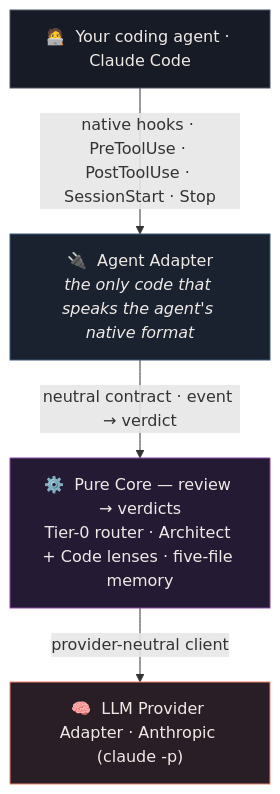
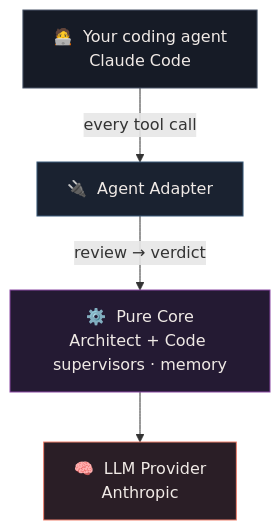
One commit to Touchpoint-Labs/Gadfly changed the diagram in README.md. Above: the diagram before and after it, drawn with Mermaid. The commit also changed other lines of this file, not shown here.

Commit message:
Simplify README verdict table and architecture diagram

````diff
--- a/README.md
+++ b/README.md
@@ -158,14 +157,14 @@
 ```mermaid
 flowchart TB
-    agent["🧑‍💻 &nbsp;Your coding agent · Claude Code"]
-    adapter["🔌 &nbsp;Agent Adapter<br/><i>the only code that speaks the agent's native format</i>"]
-    core["⚙️ &nbsp;Pure Core — review → verdicts<br/>Tier-0 router · Architect + Code lenses · five-file memory"]
-    llm["🧠 &nbsp;LLM Provider Adapter · Anthropic (claude -p)"]
-    agent -->|"native hooks · PreToolUse · PostToolUse · SessionStart · Stop"| adapter
-    adapter -->|"neutral contract · event → verdict"| core
-    core -->|"provider-neutral client"| llm
+    agent["🧑‍💻 &nbsp;Your coding agent<br/>Claude Code"]
+    adapter["🔌 &nbsp;Agent Adapter"]
+    core["⚙️ &nbsp;Pure Core<br/>Architect + Code supervisors · memory"]
+    llm["🧠 &nbsp;LLM Provider<br/>Anthropic"]
+    agent -->|"every tool call"| adapter
+    adapter -->|"review → verdict"| core
+    core --> llm
     style agent fill:#161b26,stroke:#4a5568,color:#f0eae6
     style adapter fill:#1a2230,stroke:#3a5a7a,color:#f0eae6
     style core fill:#241a33,stroke:#8A48A4,color:#f0eae6
     style llm fill:#2a1e26,stroke:#EF816F,color:#f0eae6
 ```
````
